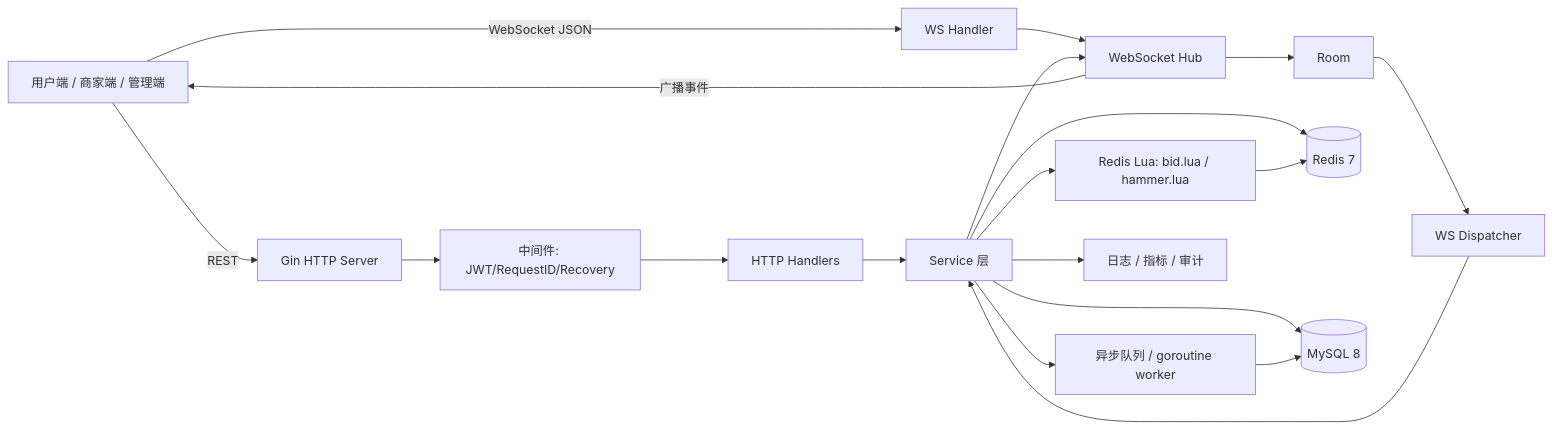
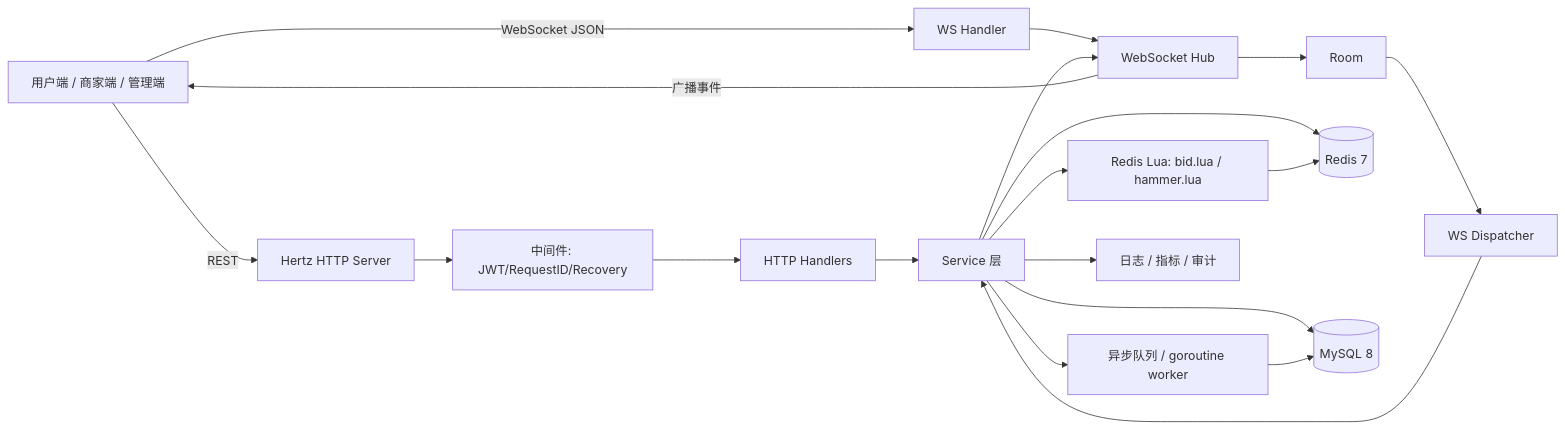
The first of 8 diagrams in docs/后端详细技术设计.md (Baskai959/AIeas-backend), drawn with Mermaid before and after one commit. The commit also changed other lines of this file and 122 other files, not shown here.

````diff
--- a/docs/后端详细技术设计.md
+++ b/docs/后端详细技术设计.md
@@ -159,21 +159,21 @@
 ```mermaid
 flowchart LR
-    U[用户端 / 商家端 / 管理端] -->|REST| G[Gin HTTP Server]
+    U[用户端 / 商家端 / 管理端] -->|REST| G[Hertz HTTP Server]
     U -->|WebSocket JSON| WS[WS Handler]
     G --> M[中间件: JWT/RequestID/Recovery]
     M --> HS[HTTP Handlers]
     HS --> SVC[Service 层]
     WS --> HUB[WebSocket Hub]
     HUB --> ROOM[Room]
     ROOM --> DSP[WS Dispatcher]
     DSP --> SVC
     SVC --> RDB[(Redis 7)]
     SVC --> LUA[Redis Lua: bid.lua / hammer.lua]
     LUA --> RDB
     SVC --> DB[(MySQL 8)]
     SVC --> AQ[异步队列 / goroutine worker]
     AQ --> DB
     SVC --> HUB
     HUB -->|广播事件| U
     SVC --> OBS[日志 / 指标 / 审计]
 ```
````
